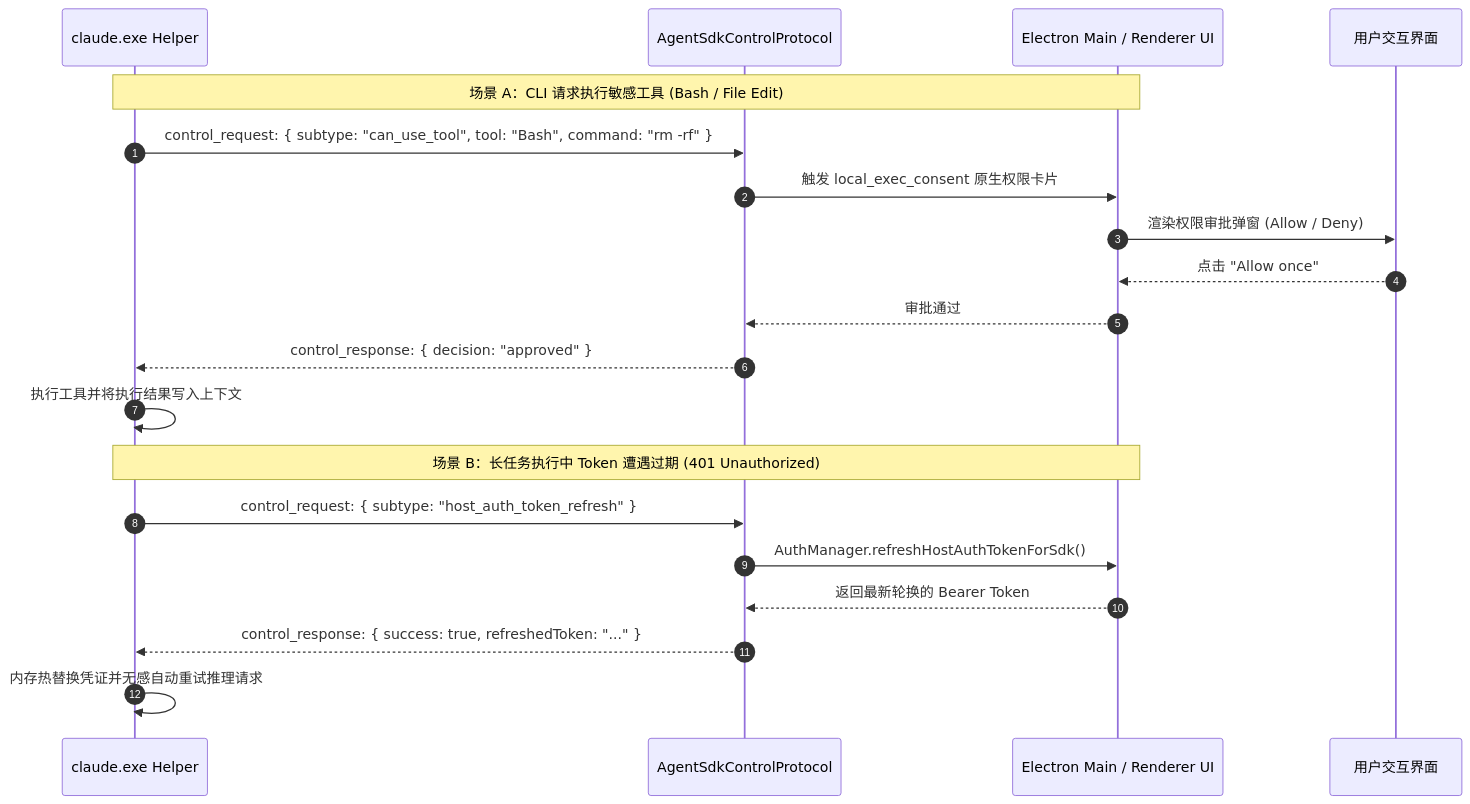
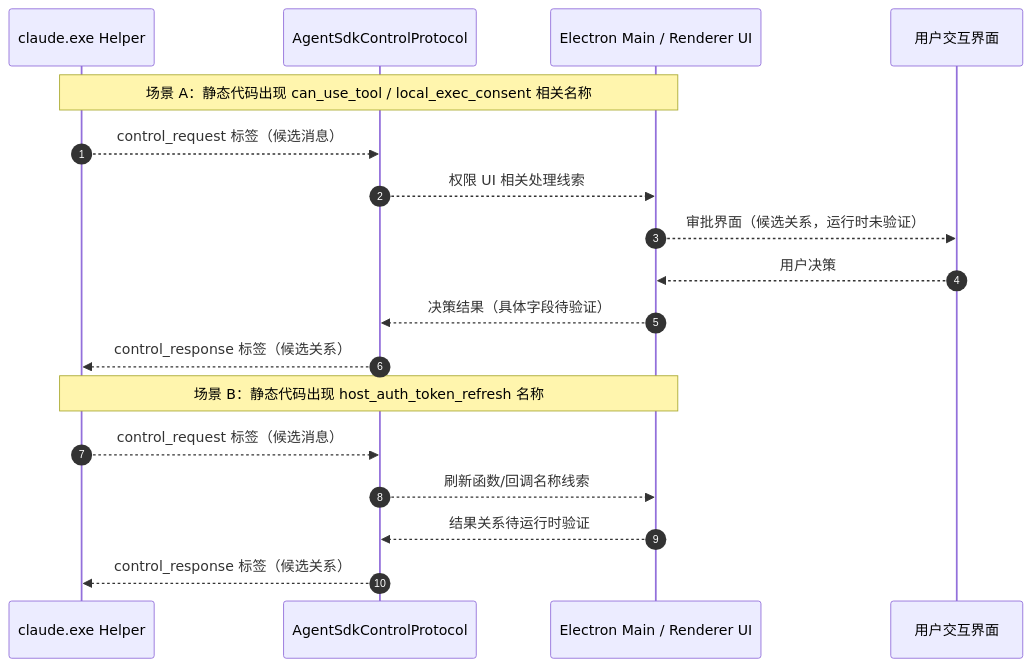
The first of 2 diagrams in README.md (tyloryang/claude-code-desktop-reverse-analyse), drawn with Mermaid before and after one commit. The commit also changed other lines of this file and 17 other files, not shown here.

````diff
--- a/README.md
+++ b/README.md
@@ -92,24 +92,22 @@
 ```mermaid
 sequenceDiagram
     autonumber
     participant CLI as claude.exe Helper
     participant SDK as AgentSdkControlProtocol
     participant UI as Electron Main / Renderer UI
     participant User as 用户交互界面
 
-    Note over CLI,UI: 场景 A：CLI 请求执行敏感工具 (Bash / File Edit)
-    CLI->>SDK: control_request: { subtype: "can_use_tool", tool: "Bash", command: "rm -rf" }
-    SDK->>UI: 触发 local_exec_consent 原生权限卡片
-    UI->>User: 渲染权限审批弹窗 (Allow / Deny)
-    User-->>UI: 点击 "Allow once"
-    UI-->>SDK: 审批通过
-    SDK-->>CLI: control_response: { decision: "approved" }
-    CLI->>CLI: 执行工具并将执行结果写入上下文
+    Note over CLI,UI: 场景 A：静态代码出现 can_use_tool / local_exec_consent 相关名称
+    CLI-->>SDK: control_request 标签（候选消息）
+    SDK-->>UI: 权限 UI 相关处理线索
+    UI-->>User: 审批界面（候选关系，运行时未验证）
+    User-->>UI: 用户决策
+    UI-->>SDK: 决策结果（具体字段待验证）
+    SDK-->>CLI: control_response 标签（候选关系）
 
-    Note over CLI,UI: 场景 B：长任务执行中 Token 遭遇过期 (401 Unauthorized)
-    CLI->>SDK: control_request: { subtype: "host_auth_token_refresh" }
-    SDK->>UI: AuthManager.refreshHostAuthTokenForSdk()
-    UI-->>SDK: 返回最新轮换的 Bearer Token
-    SDK-->>CLI: control_response: { success: true, refreshedToken: "..." }
-    CLI->>CLI: 内存热替换凭证并无感自动重试推理请求
+    Note over CLI,UI: 场景 B：静态代码出现 host_auth_token_refresh 名称
+    CLI-->>SDK: control_request 标签（候选消息）
+    SDK-->>UI: 刷新函数/回调名称线索
+    UI-->>SDK: 结果关系待运行时验证
+    SDK-->>CLI: control_response 标签（候选关系）
 ```
````
